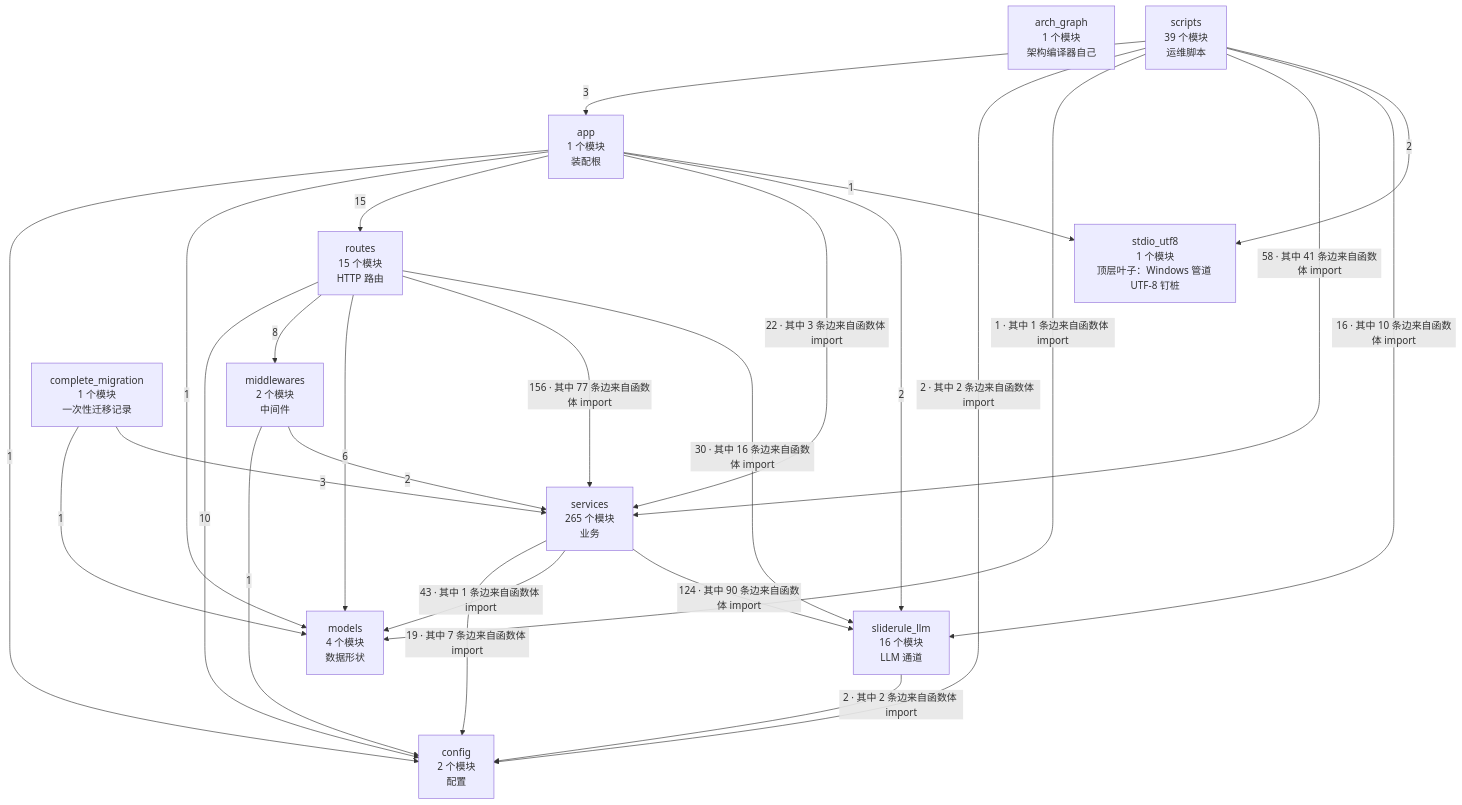
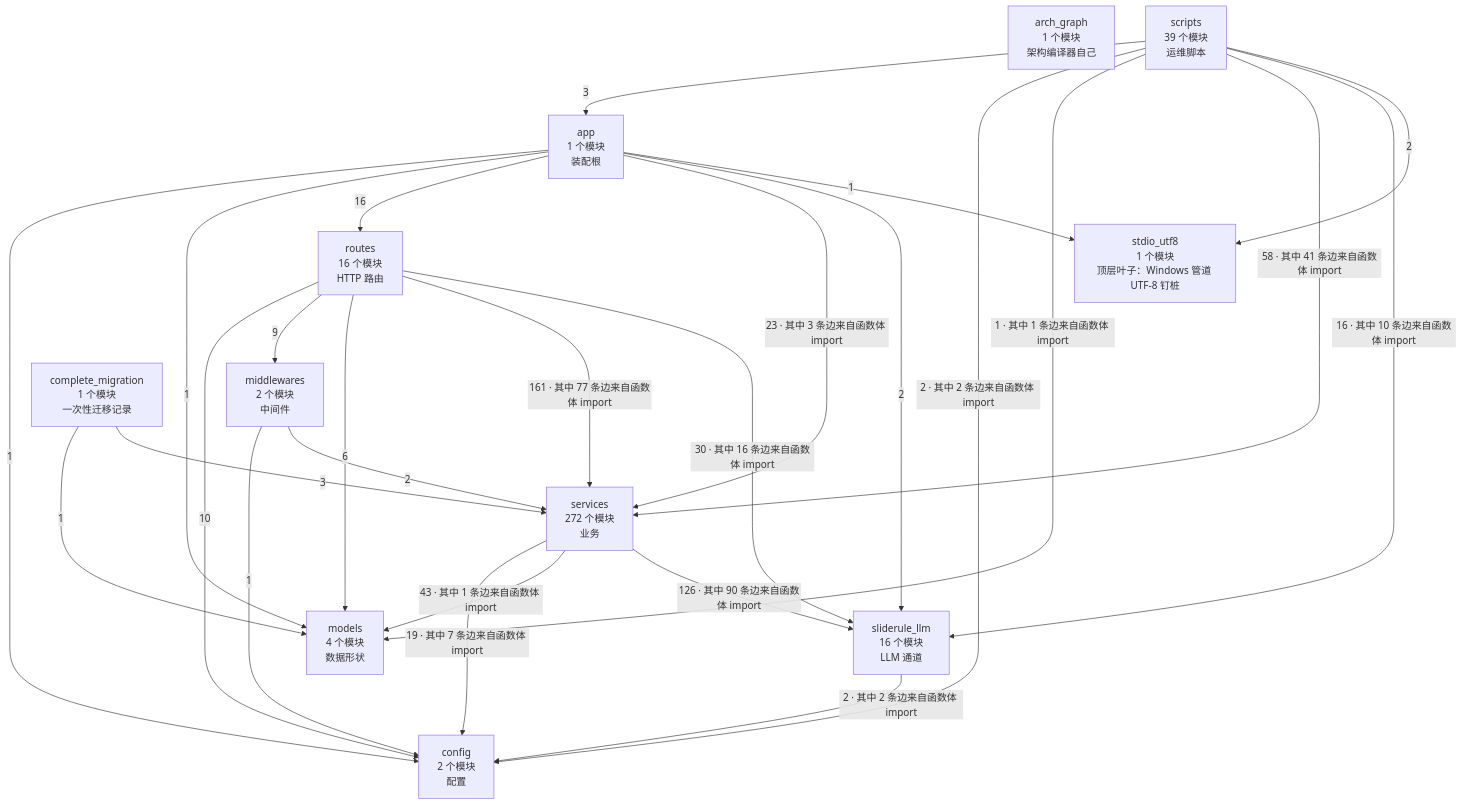
One commit to 2686521696/WhyBuddy changed the second of 4 diagrams in docs/SlideRule V6.2 架构图（自动生成）.md. Above: the diagram before and after it, drawn with Mermaid. The commit also changed other lines of this file and 4 other files, not shown here.

First line of the commit message:
架构图：技能商店与办公产物进清单并重生成。

````diff
--- a/docs/SlideRule V6.2 架构图（自动生成）.md
+++ b/docs/SlideRule V6.2 架构图（自动生成）.md
@@ -62,39 +62,39 @@
 ```mermaid
 flowchart TB
   arch_graph["arch_graph<br/>1 个模块<br/>架构编译器自己"]
   config["config<br/>2 个模块<br/>配置"]
   models["models<br/>4 个模块<br/>数据形状"]
   stdio_utf8["stdio_utf8<br/>1 个模块<br/>顶层叶子：Windows 管道 UTF-8 钉桩"]
   sliderule_llm["sliderule_llm<br/>16 个模块<br/>LLM 通道"]
   middlewares["middlewares<br/>2 个模块<br/>中间件"]
-  services["services<br/>265 个模块<br/>业务"]
-  routes["routes<br/>15 个模块<br/>HTTP 路由"]
+  services["services<br/>272 个模块<br/>业务"]
+  routes["routes<br/>16 个模块<br/>HTTP 路由"]
   app["app<br/>1 个模块<br/>装配根"]
   complete_migration["complete_migration<br/>1 个模块<br/>一次性迁移记录"]
   scripts["scripts<br/>39 个模块<br/>运维脚本"]
   app -->|1| config
   app -->|1| models
-  app -->|15| routes
-  app -->|22 · 其中 3 条边来自函数体 import| services
+  app -->|16| routes
+  app -->|23 · 其中 3 条边来自函数体 import| services
   app -->|2| sliderule_llm
   app -->|1| stdio_utf8
   complete_migration -->|1| models
   complete_migration -->|3| services
   middlewares -->|1| config
   middlewares -->|2| services
   routes -->|10| config
-  routes -->|8| middlewares
+  routes -->|9| middlewares
   routes -->|6| models
-  routes -->|156 · 其中 77 条边来自函数体 import| services
+  routes -->|161 · 其中 77 条边来自函数体 import| services
   routes -->|30 · 其中 16 条边来自函数体 import| sliderule_llm
   scripts -->|3| app
   scripts -->|2 · 其中 2 条边来自函数体 import| config
   scripts -->|1 · 其中 1 条边来自函数体 import| models
   scripts -->|58 · 其中 41 条边来自函数体 import| services
   scripts -->|16 · 其中 10 条边来自函数体 import| sliderule_llm
   scripts -->|2| stdio_utf8
   services -->|19 · 其中 7 条边来自函数体 import| config
   services -->|43 · 其中 1 条边来自函数体 import| models
-  services -->|124 · 其中 90 条边来自函数体 import| sliderule_llm
+  services -->|126 · 其中 90 条边来自函数体 import| sliderule_llm
   sliderule_llm -->|2 · 其中 2 条边来自函数体 import| config
 ```
````
